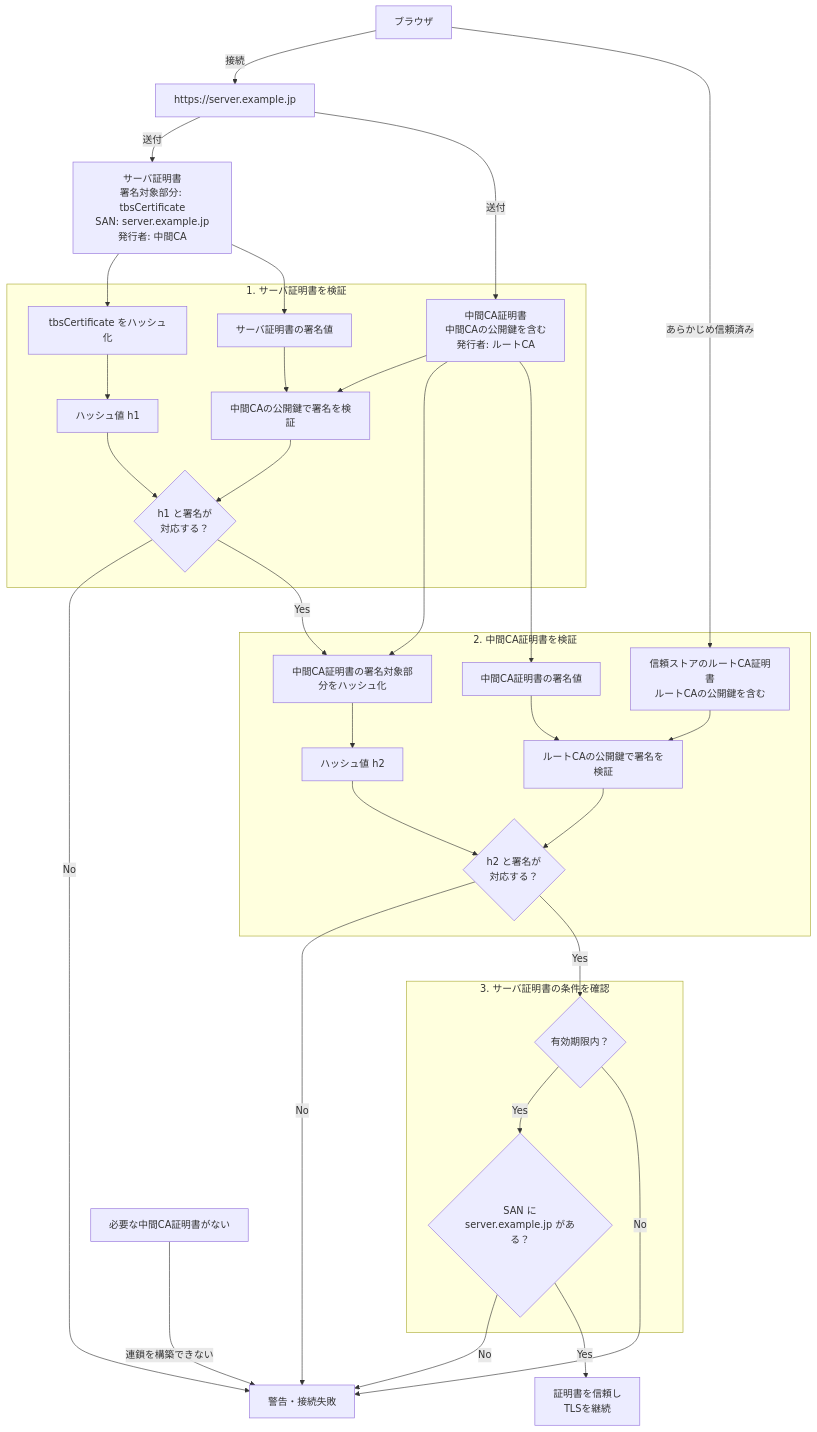
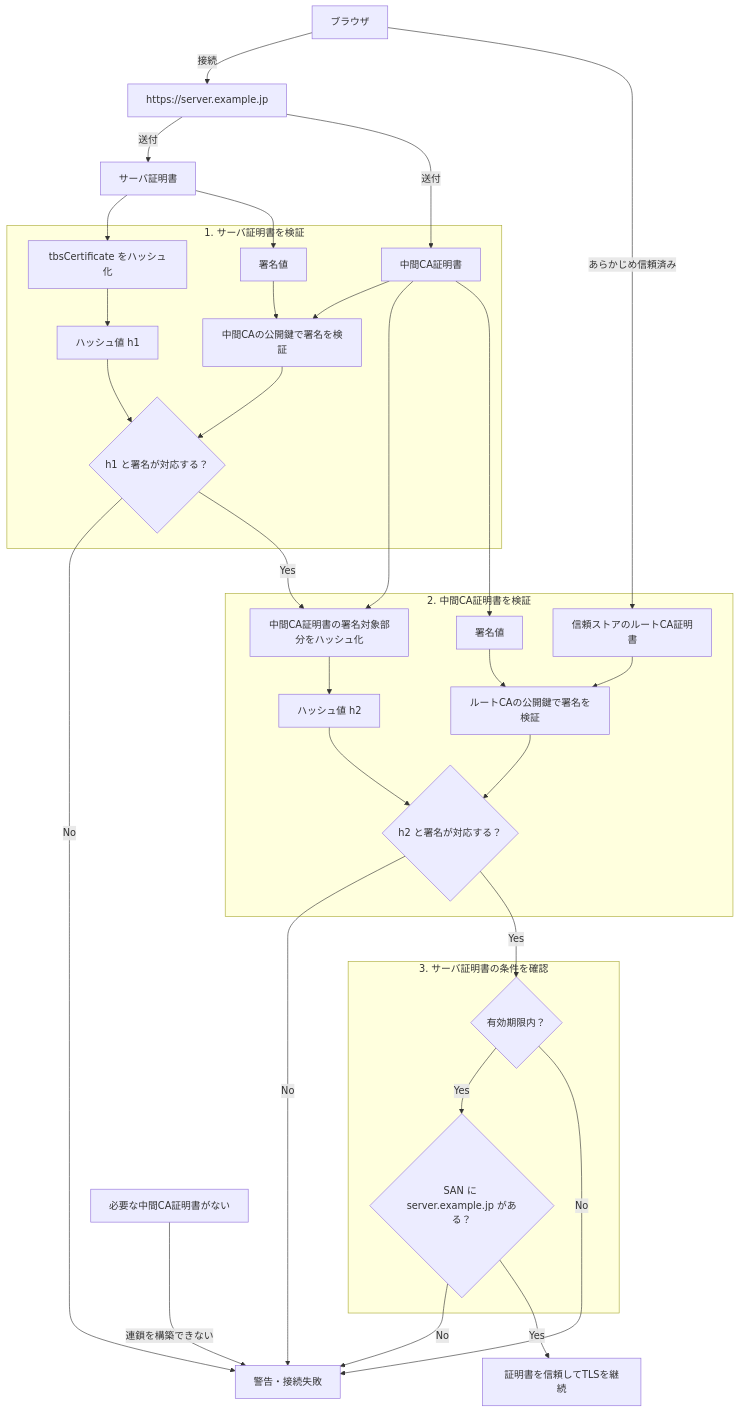
Before and after one commit to ShuntaSakai/security-specialist-study: the diagram in 復習用/証明書チェーン検証.md, drawn with Mermaid.

Commit message:
docs: simplify certificate diagram labels

````diff
--- a/復習用/証明書チェーン検証.md
+++ b/復習用/証明書チェーン検証.md
@@ -3,49 +3,49 @@
 ```mermaid
 flowchart TB
     BROWSER["ブラウザ"]
     SERVER["https://server.example.jp"]
-    LEAF["サーバ証明書<br/>署名対象部分: tbsCertificate<br/>SAN: server.example.jp<br/>発行者: 中間CA"]
-    INTERMEDIATE["中間CA証明書<br/>中間CAの公開鍵を含む<br/>発行者: ルートCA"]
-    ROOT["信頼ストアのルートCA証明書<br/>ルートCAの公開鍵を含む"]
+    LEAF["サーバ証明書"]
+    INTERMEDIATE["中間CA証明書"]
+    ROOT["信頼ストアのルートCA証明書"]
 
     BROWSER -->|"接続"| SERVER
     SERVER -->|"送付"| LEAF
     SERVER -->|"送付"| INTERMEDIATE
     BROWSER -->|"あらかじめ信頼済み"| ROOT
 
     subgraph LEAF_VERIFY["1. サーバ証明書を検証"]
         LEAF_HASH["tbsCertificate をハッシュ化"] --> LEAF_H["ハッシュ値 h1"] --> LEAF_MATCH
-        LEAF_SIG["サーバ証明書の署名値"] --> LEAF_SIGCHECK["中間CAの公開鍵で署名を検証"]
+        LEAF_SIG["署名値"] --> LEAF_SIGCHECK["中間CAの公開鍵で署名を検証"]
         INTERMEDIATE --> LEAF_SIGCHECK
-        LEAF_SIGCHECK --> LEAF_MATCH{"h1 と署名が<br/>対応する？"}
+        LEAF_SIGCHECK --> LEAF_MATCH{"h1 と署名が対応する？"}
     end
 
     LEAF --> LEAF_HASH
     LEAF --> LEAF_SIG
     LEAF_MATCH -->|"No"| FAIL["警告・接続失敗"]
 
     subgraph INTERMEDIATE_VERIFY["2. 中間CA証明書を検証"]
         INT_HASH["中間CA証明書の署名対象部分をハッシュ化"] --> INT_H["ハッシュ値 h2"] --> INT_MATCH
-        INT_SIG["中間CA証明書の署名値"] --> INT_SIGCHECK["ルートCAの公開鍵で署名を検証"]
+        INT_SIG["署名値"] --> INT_SIGCHECK["ルートCAの公開鍵で署名を検証"]
         ROOT --> INT_SIGCHECK
-        INT_SIGCHECK --> INT_MATCH{"h2 と署名が<br/>対応する？"}
+        INT_SIGCHECK --> INT_MATCH{"h2 と署名が対応する？"}
     end
 
     INTERMEDIATE --> INT_HASH
     INTERMEDIATE --> INT_SIG
     LEAF_MATCH -->|"Yes"| INT_HASH
     INT_MATCH -->|"No"| FAIL
 
     subgraph LEAF_CHECKS["3. サーバ証明書の条件を確認"]
         EXPIRE{"有効期限内？"}
-        HOST{"SAN に<br/>server.example.jp がある？"}
+        HOST{"SAN に server.example.jp がある？"}
         EXPIRE -->|"Yes"| HOST
     end
 
     INT_MATCH -->|"Yes"| EXPIRE
     EXPIRE -->|"No"| FAIL
     HOST -->|"No"| FAIL
-    HOST -->|"Yes"| TRUST["証明書を信頼し<br/>TLSを継続"]
+    HOST -->|"Yes"| TRUST["証明書を信頼してTLSを継続"]
 
     MISSING["必要な中間CA証明書がない"] -->|"連鎖を構築できない"| FAIL
 ```
````
